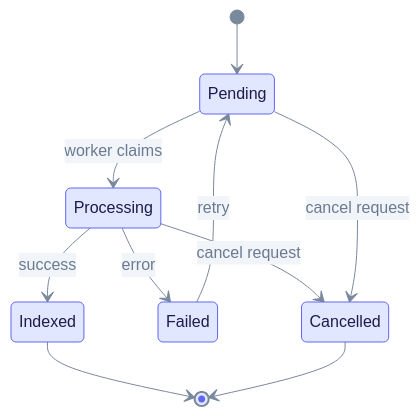
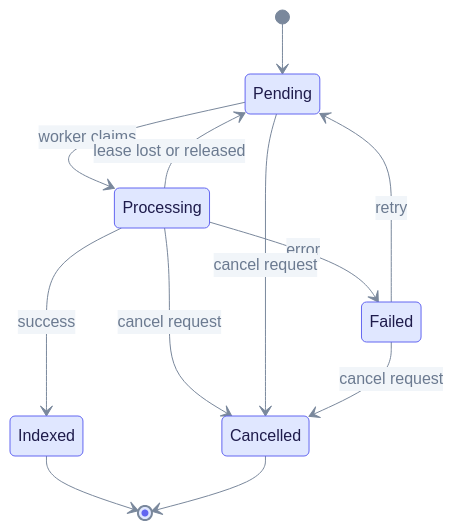
The second of 7 diagrams in docs/architecture/data-flow.md (raphaelmansuy/edgequake), drawn with Mermaid before and after one commit. The commit also changed other lines of this file and 194 other files, not shown here.

First line of the commit message:
Refresh docs against code and rebuild schema E/R as progressive steps

````diff
--- a/docs/architecture/data-flow.md
+++ b/docs/architecture/data-flow.md
@@ -51,14 +51,16 @@
 ```mermaid
 %%{init: {"theme":"base","themeVariables":{"primaryColor":"#E0E7FF","primaryBorderColor":"#6366F1","primaryTextColor":"#1E1B4B","secondaryColor":"#D1FAE5","secondaryBorderColor":"#10B981","secondaryTextColor":"#064E3B","tertiaryColor":"#FEF3C7","tertiaryBorderColor":"#F59E0B","tertiaryTextColor":"#6B7A90","lineColor":"#7A889C","clusterBkg":"rgba(99,102,241,0.07)","clusterBorder":"#A5B4FC","noteBkgColor":"#FEF9C3","noteTextColor":"#422006","textColor":"#6B7A90","titleColor":"#6B7A90","signalColor":"#7A889C","signalTextColor":"#6B7A90","loopTextColor":"#6B7A90","edgeLabelBackground":"#F1F5F9","actorLineColor":"#94A3B8"}}}%%
 %% eq-theme:v1
 stateDiagram-v2
     [*] --> Pending
     Pending --> Processing : worker claims
     Processing --> Indexed : success
     Processing --> Failed : error
+    Processing --> Pending : lease lost or released
     Processing --> Cancelled : cancel request
     Pending --> Cancelled : cancel request
     Failed --> Pending : retry
+    Failed --> Cancelled : cancel request
     Indexed --> [*]
     Cancelled --> [*]
 ```
````
